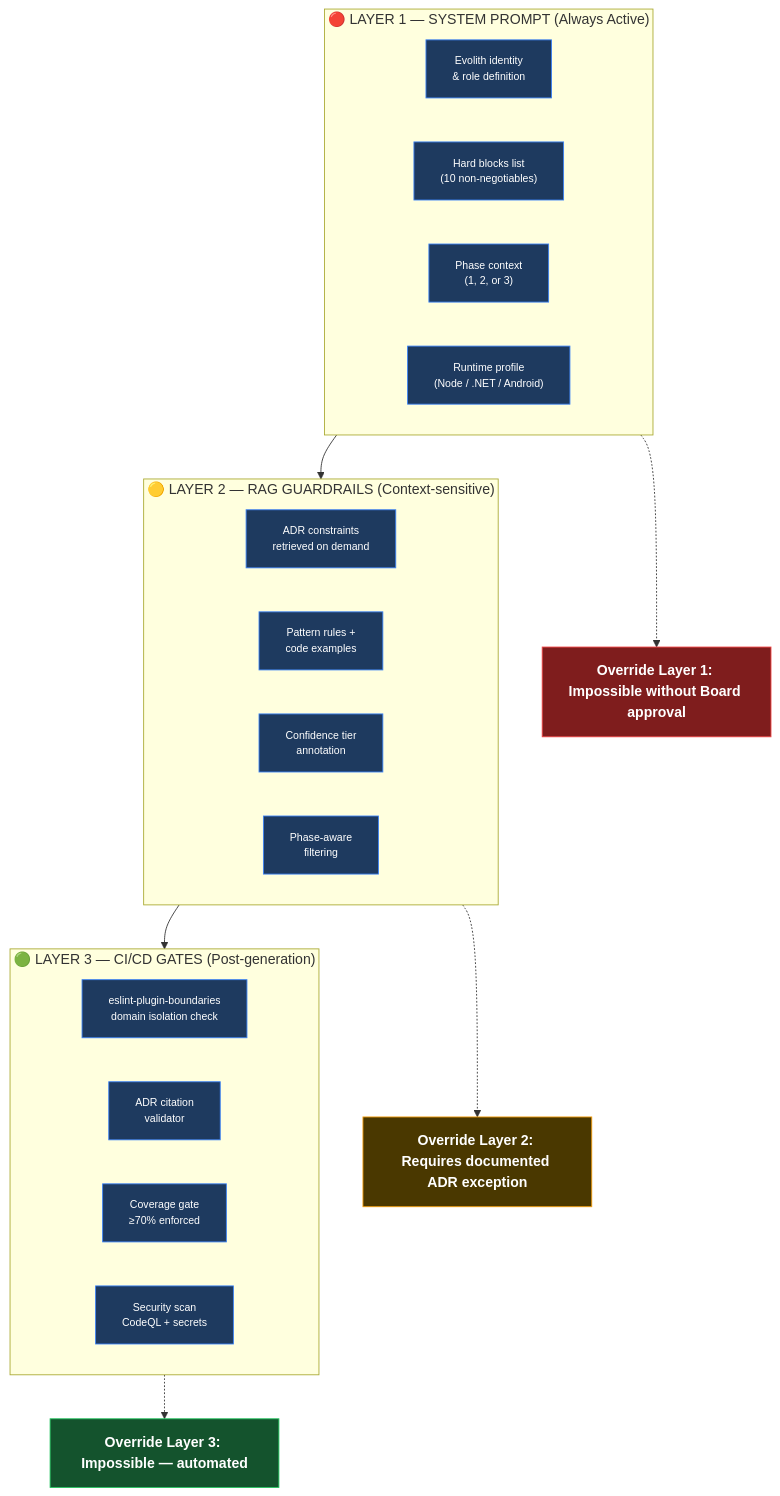
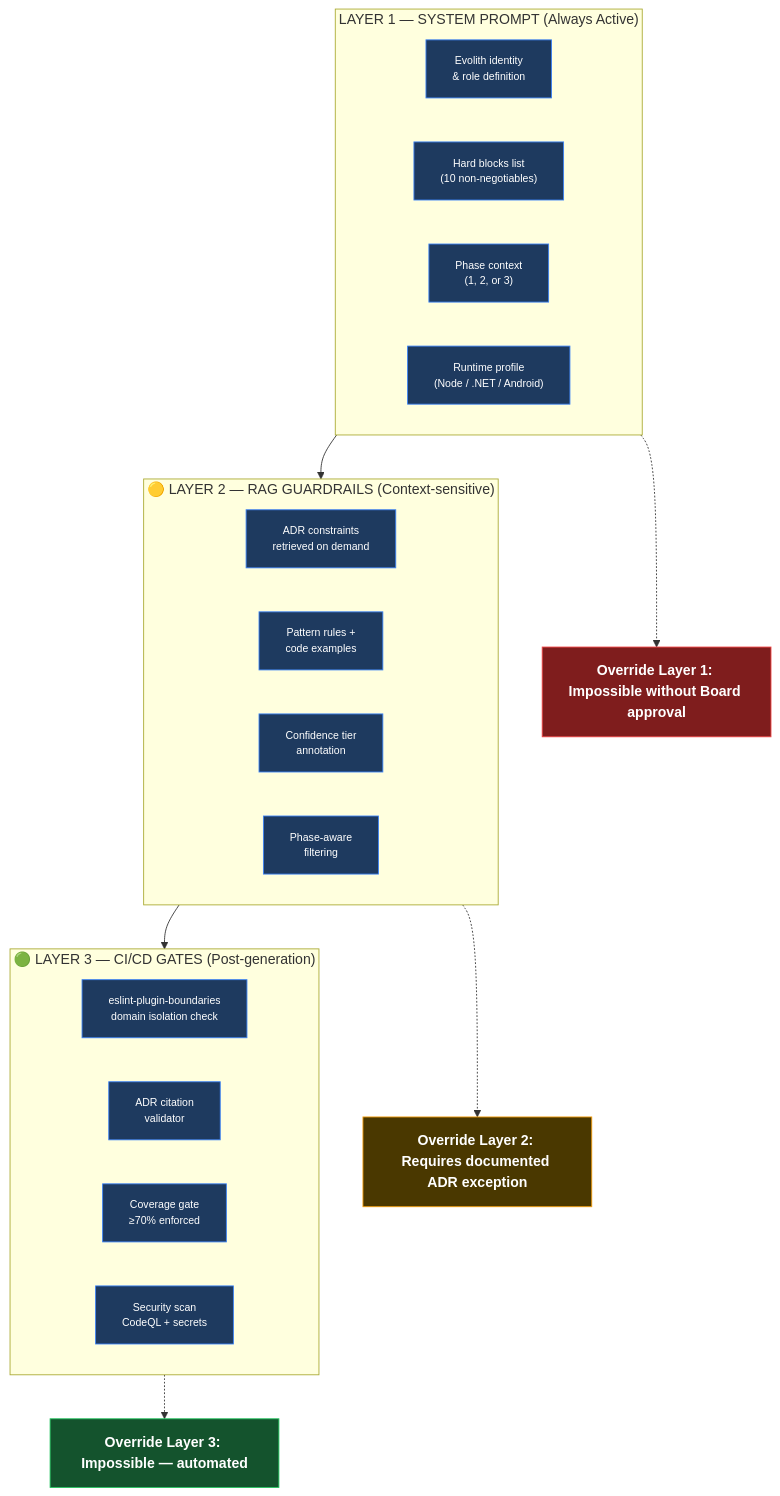
The first of 5 diagrams in reference/governance/standards/ai-augmented/08-architecture-ai-assistant/visuals/v11-governance-guardrails.md (beyondnetcode/evolith_arch32), drawn with Mermaid before and after one commit. The commit also changed other lines of this file and 41 other files, not shown here.

````diff
--- a/reference/governance/standards/ai-augmented/08-architecture-ai-assistant/visuals/v11-governance-guardrails.md
+++ b/reference/governance/standards/ai-augmented/08-architecture-ai-assistant/visuals/v11-governance-guardrails.md
@@ -9,40 +9,40 @@
 ```mermaid
 flowchart TB
     classDef l1 fill:#7f1d1d,stroke:#ef4444,color:#fff,font-weight:bold
     classDef l2 fill:#4a3800,stroke:#f59e0b,color:#fff,font-weight:bold
     classDef l3 fill:#14532d,stroke:#22c55e,color:#fff,font-weight:bold
     classDef item fill:#1e3a5f,stroke:#3b82f6,color:#fff,font-size:12px
 
-    subgraph L1["🔴 LAYER 1 — SYSTEM PROMPT (Always Active)"]
+    subgraph L1[" LAYER 1 — SYSTEM PROMPT (Always Active)"]
         direction LR
         L1A["Evolith identity\n& role definition"]:::item
         L1B["Hard blocks list\n(10 non-negotiables)"]:::item
         L1C["Phase context\n(1, 2, or 3)"]:::item
         L1D["Runtime profile\n(Node / .NET / Android)"]:::item
     end
 
     subgraph L2["🟡 LAYER 2 — RAG GUARDRAILS (Context-sensitive)"]
         direction LR
         L2A["ADR constraints\nretrieved on demand"]:::item
         L2B["Pattern rules +\ncode examples"]:::item
         L2C["Confidence tier\nannotation"]:::item
         L2D["Phase-aware\nfiltering"]:::item
     end
 
     subgraph L3["🟢 LAYER 3 — CI/CD GATES (Post-generation)"]
         direction LR
         L3A["eslint-plugin-boundaries\ndomain isolation check"]:::item
         L3B["ADR citation\nvalidator"]:::item
         L3C["Coverage gate\n≥70% enforced"]:::item
         L3D["Security scan\nCodeQL + secrets"]:::item
     end
 
     note1["Override Layer 1: Impossible without Board approval"]:::l1
     note2["Override Layer 2: Requires documented ADR exception"]:::l2
     note3["Override Layer 3: Impossible — automated"]:::l3
 
     L1 --> L2 --> L3
     L1 -.-> note1
     L2 -.-> note2
     L3 -.-> note3
 ```
````
